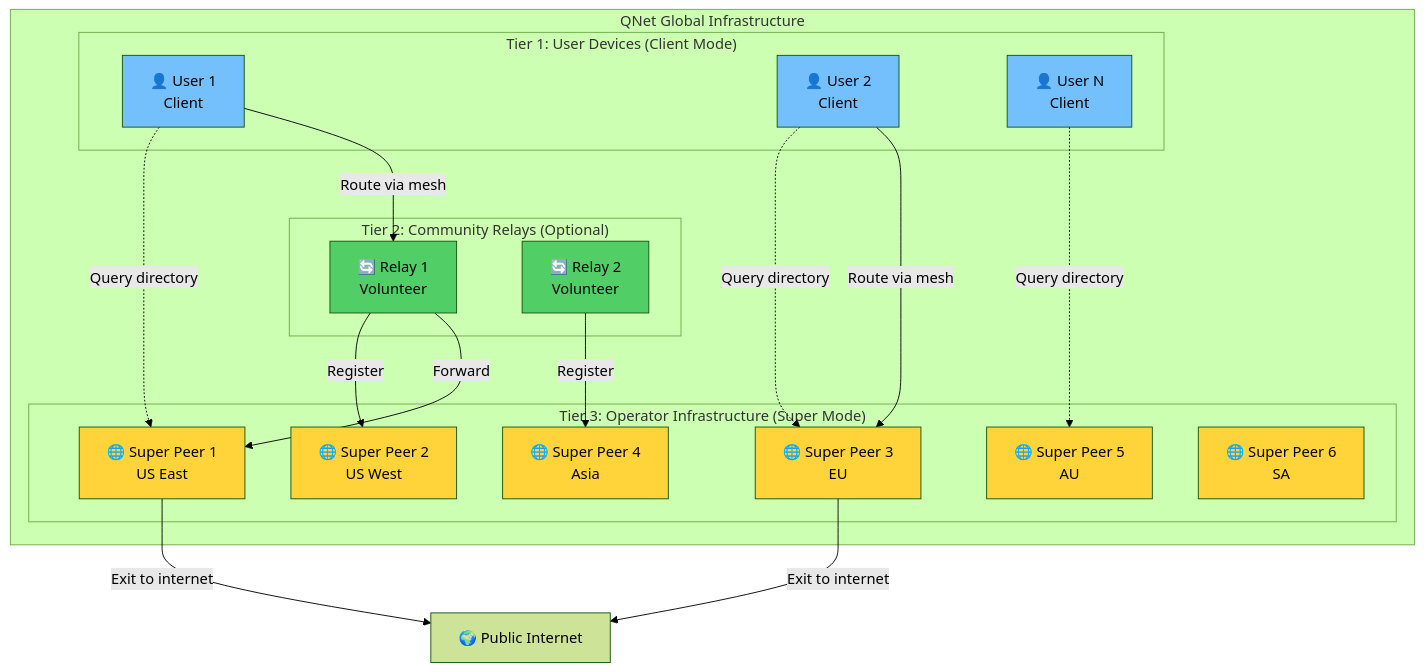
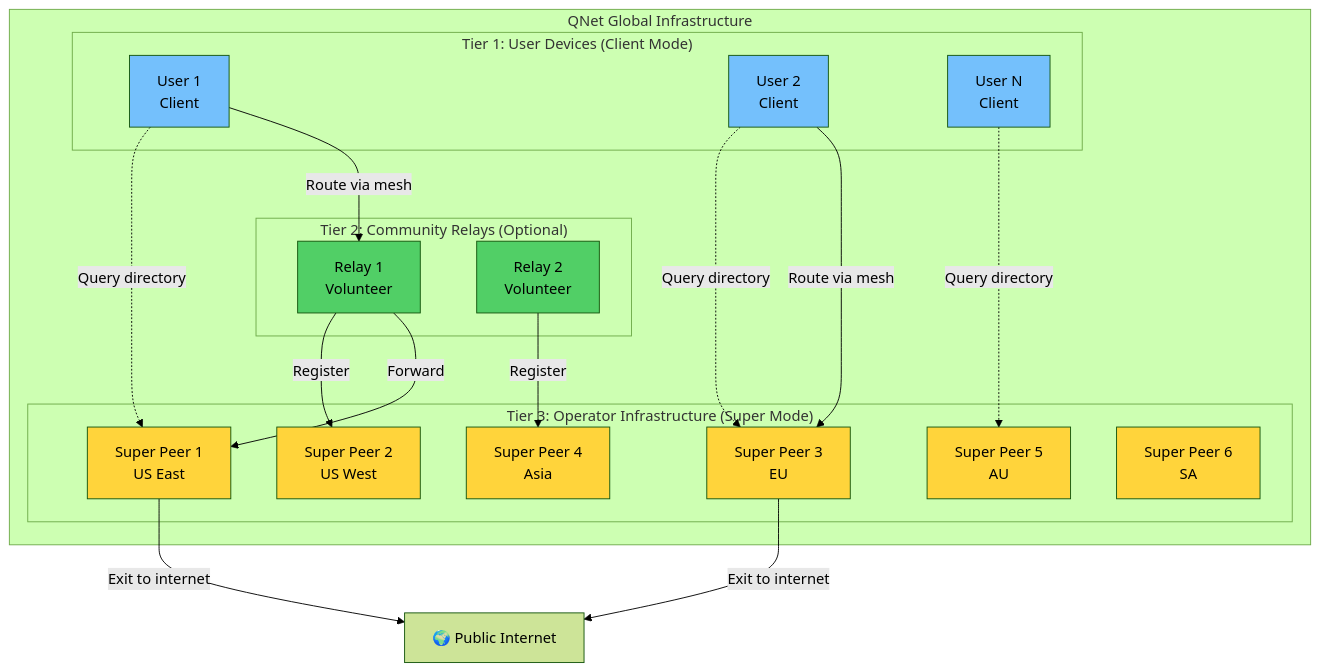
One commit to QW1CKS/qnet changed the tenth of 13 diagrams in README.md. Above: the diagram before and after it, drawn with Mermaid (forest theme). The commit also changed other lines of this file, not shown here.

Commit message:
Implement feature X to enhance user experience and optimize performance

````diff
--- a/README.md
+++ b/README.md
@@ -514,50 +639,50 @@
 ```mermaid
 graph TB
     subgraph "QNet Global Infrastructure"
         subgraph "Tier 1: User Devices (Client Mode)"
-            C1[👤 User 1<br/>Client]
-            C2[👤 User 2<br/>Client]
-            C3[👤 User N<br/>Client]
+            C1[User 1<br/>Client]
+            C2[User 2<br/>Client]
+            C3[User N<br/>Client]
         end
         
         subgraph "Tier 2: Community Relays (Optional)"
-            R1[🔄 Relay 1<br/>Volunteer]
-            R2[🔄 Relay 2<br/>Volunteer]
+            R1[Relay 1<br/>Volunteer]
+            R2[Relay 2<br/>Volunteer]
         end
         
         subgraph "Tier 3: Operator Infrastructure (Super Mode)"
-            S1[🌐 Super Peer 1<br/>US East]
-            S2[🌐 Super Peer 2<br/>US West]
-            S3[🌐 Super Peer 3<br/>EU]
-            S4[🌐 Super Peer 4<br/>Asia]
-            S5[🌐 Super Peer 5<br/>AU]
-            S6[🌐 Super Peer 6<br/>SA]
+            S1[Super Peer 1<br/>US East]
+            S2[Super Peer 2<br/>US West]
+            S3[Super Peer 3<br/>EU]
+            S4[Super Peer 4<br/>Asia]
+            S5[Super Peer 5<br/>AU]
+            S6[Super Peer 6<br/>SA]
         end
     end
     
     C1 -.->|Query directory| S1
     C2 -.->|Query directory| S3
     C3 -.->|Query directory| S5
     
     R1 -->|Register| S2
     R2 -->|Register| S4
     
     C1 -->|Route via mesh| R1
     R1 -->|Forward| S1
     S1 -->|Exit to internet| Web[🌍 Public Internet]
     
     C2 -->|Route via mesh| S3
     S3 -->|Exit to internet| Web
     
     style C1 fill:#74c0fc
     style C2 fill:#74c0fc
     style C3 fill:#74c0fc
     style R1 fill:#51cf66
     style R2 fill:#51cf66
     style S1 fill:#ffd43b
     style S2 fill:#ffd43b
     style S3 fill:#ffd43b
     style S4 fill:#ffd43b
     style S5 fill:#ffd43b
     style S6 fill:#ffd43b
 ```
````
